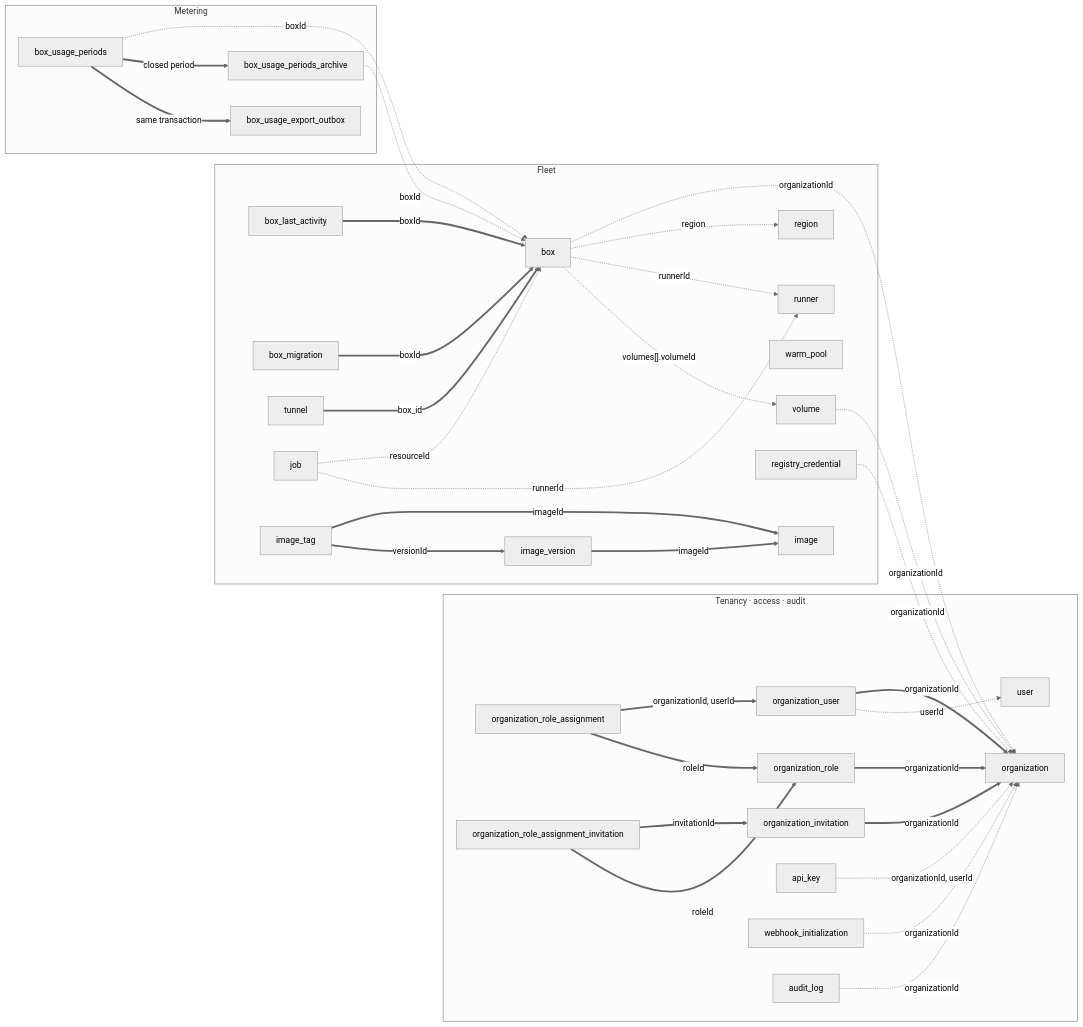
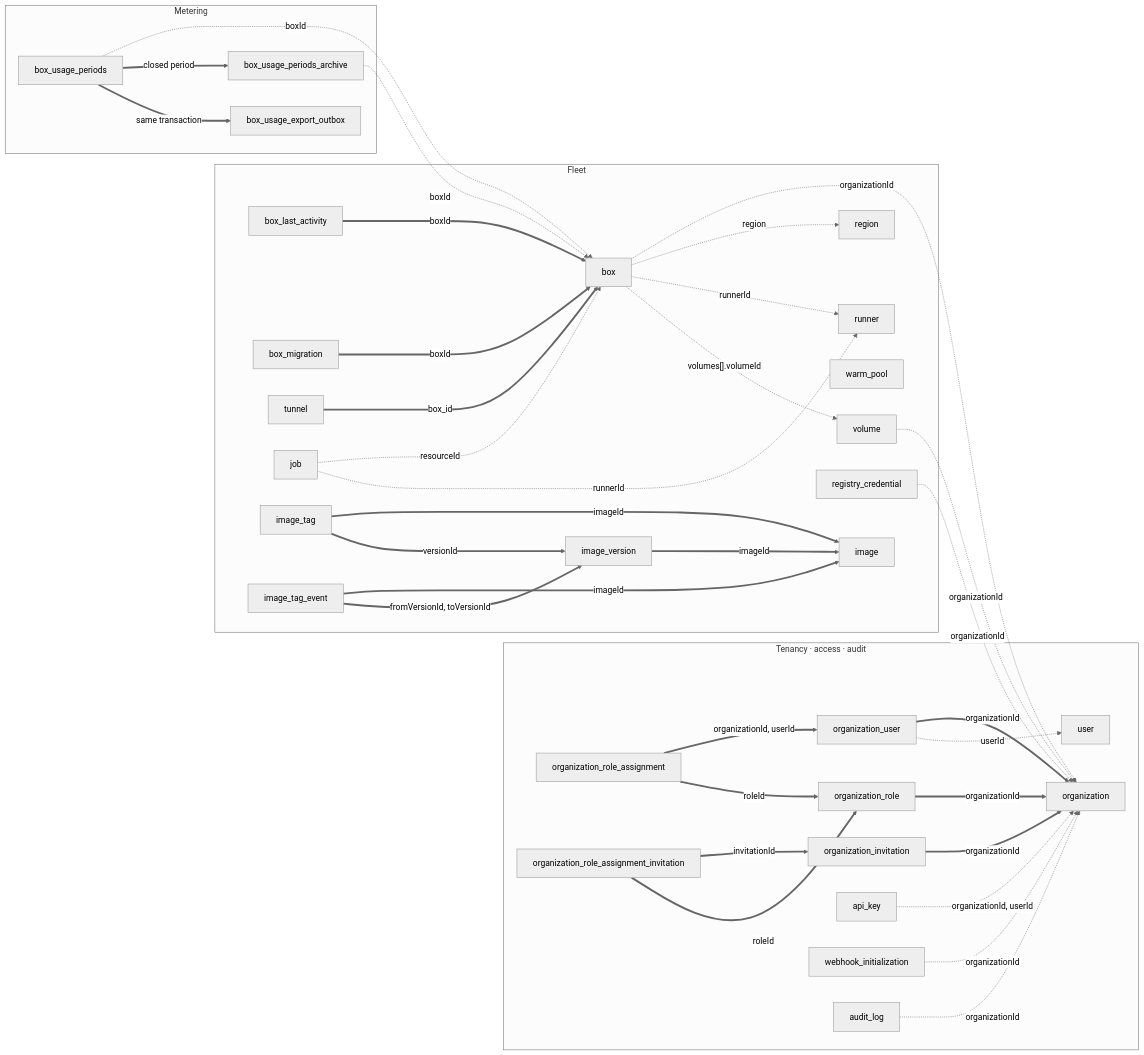
The diagram in apps/SCHEMA.md (ARenigma/boxlite), drawn with Mermaid (neutral theme) before and after one commit. The commit also changed other lines of this file and 24 other files, not shown here.

````diff
--- a/apps/SCHEMA.md
+++ b/apps/SCHEMA.md
@@ -34,68 +34,71 @@
 ```mermaid
 flowchart LR
     subgraph tenancy["Tenancy · access · audit"]
         t_org["organization"]
         t_orguser["organization_user"]
         t_role["organization_role"]
         t_invite["organization_invitation"]
         t_assign["organization_role_assignment"]
         t_assigninv["organization_role_assignment_invitation"]
         t_user["user"]
         t_apikey["api_key"]
         t_webhook["webhook_initialization"]
         t_audit["audit_log"]
     end
 
     subgraph fleet["Fleet"]
         t_box["box"]
         t_activity["box_last_activity"]
         t_migration["box_migration"]
         t_tunnel["tunnel"]
         t_runner["runner"]
         t_region["region"]
         t_volume["volume"]
         t_job["job"]
         t_warm["warm_pool"]
         t_image["image"]
         t_imgver["image_version"]
         t_imgtag["image_tag"]
+        t_imgevent["image_tag_event"]
         t_regcred["registry_credential"]
     end
 
     subgraph metering["Metering"]
         t_period["box_usage_periods"]
         t_archive["box_usage_periods_archive"]
         t_outbox["box_usage_export_outbox"]
     end
 
     t_orguser ==>|"organizationId"| t_org
     t_role ==>|"organizationId"| t_org
     t_invite ==>|"organizationId"| t_org
     t_assign ==>|"organizationId, userId"| t_orguser
     t_assign ==>|"roleId"| t_role
     t_assigninv ==>|"invitationId"| t_invite
     t_assigninv ==>|"roleId"| t_role
     t_activity ==>|"boxId"| t_box
     t_migration ==>|"boxId"| t_box
     t_tunnel ==>|"box_id"| t_box
     t_imgver ==>|"imageId"| t_image
     t_imgtag ==>|"imageId"| t_image
     t_imgtag ==>|"versionId"| t_imgver
+    t_imgevent ==>|"imageId"| t_image
+    t_imgevent ==>|"fromVersionId, toVersionId"| t_imgver
 
     t_orguser -.->|"userId"| t_user
     t_apikey -.->|"organizationId, userId"| t_org
     t_webhook -.->|"organizationId"| t_org
     t_audit -.->|"organizationId"| t_org
     t_box -.->|"organizationId"| t_org
     t_box -.->|"region"| t_region
     t_box -.->|"runnerId"| t_runner
     t_box -.->|"volumes[].volumeId"| t_volume
     t_volume -.->|"organizationId"| t_org
     t_regcred -.->|"organizationId"| t_org
     t_job -.->|"resourceId"| t_box
     t_job -.->|"runnerId"| t_runner
     t_period -.->|"boxId"| t_box
     t_archive -.->|"boxId"| t_box
     t_period ==>|"closed period"| t_archive
     t_period ==>|"same transaction"| t_outbox
 ```
````
